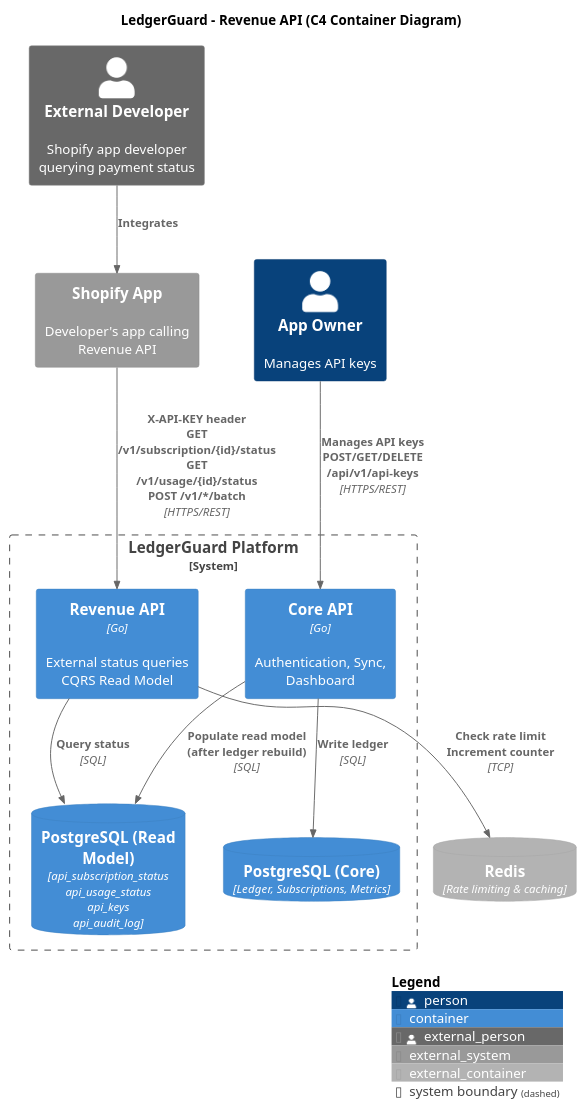
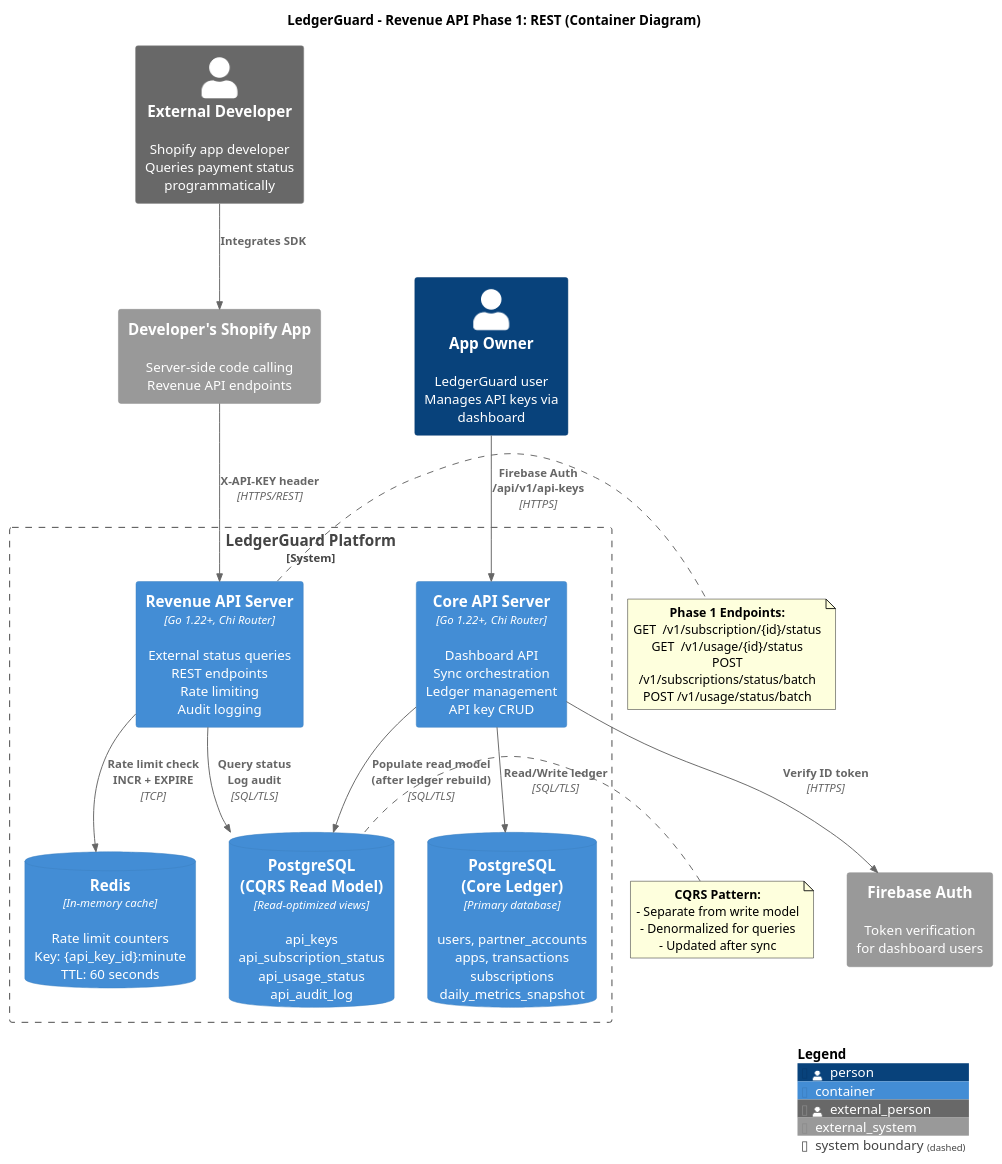
The first of 12 diagrams in FEATURE_DISCUSSION.md (sachin-sivadasan/ledgerguard), drawn with PlantUML before and after one commit. The commit also changed other lines of this file, not shown here.

First line of the commit message:
docs: add detailed PlantUML diagrams for Phase 1 and Phase 2

````diff
--- a/FEATURE_DISCUSSION.md
+++ b/FEATURE_DISCUSSION.md
@@ -341,42 +343,76 @@
 ```plantuml
-@startuml C4_Revenue_API
+@startuml C4_Revenue_API_Phase1_Container
 !include https://raw.githubusercontent.com/plantuml-stdlib/C4-PlantUML/master/C4_Container.puml
 
-title LedgerGuard - Revenue API (C4 Container Diagram)
+title LedgerGuard - Revenue API Phase 1: REST (Container Diagram)
 
-' External Actors
-Person_Ext(ext_developer, "External Developer", "Shopify app developer querying payment status")
-Person(owner, "App Owner", "Manages API keys")
+' ============================================
+' ACTORS
+' ============================================
+Person(owner, "App Owner", "LedgerGuard user\nManages API keys via dashboard")
+Person_Ext(ext_developer, "External Developer", "Shopify app developer\nQueries payment status programmatically")
 
-' External Systems
-System_Ext(shopify_app, "Shopify App", "Developer's app calling Revenue API")
-ContainerDb_Ext(redis, "Redis", "Rate limiting & caching")
+' ============================================
+' EXTERNAL SYSTEMS
+' ============================================
+System_Ext(shopify_app, "Developer's Shopify App", "Server-side code calling\nRevenue API endpoints")
+System_Ext(firebase, "Firebase Auth", "Token verification\nfor dashboard users")
 
-' System Boundary
+' ============================================
+' LEDGERGUARD PLATFORM
+' ============================================
 System_Boundary(ledgerguard, "LedgerGuard Platform") {
 
-    ' Core API (existing)
-    Container(core_api, "Core API", "Go", "Authentication, Sync, Dashboard")
-    ContainerDb(postgres_core, "PostgreSQL (Core)", "Ledger, Subscriptions, Metrics")
+    ' --- Core API (Existing) ---
+    Container(core_api, "Core API Server", "Go 1.22+, Chi Router", "Dashboard API\nSync orchestration\nLedger management\nAPI key CRUD")
 
-    ' Revenue API (new - separate container)
-    Container(revenue_api, "Revenue API", "Go", "External status queries\nCQRS Read Model")
-    ContainerDb(postgres_read, "PostgreSQL (Read Model)", "api_subscription_status\napi_usage_status\napi_keys\napi_audit_log")
+    ' --- Revenue API (New - Phase 1) ---
+    Container(revenue_api, "Revenue API Server", "Go 1.22+, Chi Router", "External status queries\nREST endpoints\nRate limiting\nAudit logging")
+
+    ' --- Databases ---
+    ContainerDb(postgres_core, "PostgreSQL\n(Core Ledger)", "Primary database", "users, partner_accounts\napps, transactions\nsubscriptions\ndaily_metrics_snapshot")
+
+    ContainerDb(postgres_read, "PostgreSQL\n(CQRS Read Model)", "Read-optimized views", "api_keys\napi_subscription_status\napi_usage_status\napi_audit_log")
+
+    ContainerDb(redis, "Redis", "In-memory cache", "Rate limit counters\nKey: {api_key_id}:minute\nTTL: 60 seconds")
 }
 
-' Relationships - External Developer
-Rel(ext_developer, shopify_app, "Integrates")
-Rel(shopify_app, revenue_api, "X-API-KEY header\nGET /v1/subscription/{id}/status\nGET /v1/usage/{id}/status\nPOST /v1/*/batch", "HTTPS/REST")
+' ============================================
+' RELATIONSHIPS
+' ============================================
 
-' Relationships - Owner
-Rel(owner, core_api, "Manages API keys\nPOST/GET/DELETE /api/v1/api-keys", "HTTPS/REST")
+' Owner interactions
+Rel(owner, core_api, "Firebase Auth\n/api/v1/api-keys", "HTTPS")
 
-' Internal Relationships
-Rel(revenue_api, redis, "Check rate limit\nIncrement counter", "TCP")
-Rel(revenue_api, postgres_read, "Query status", "SQL")
-Rel(core_api, postgres_core, "Write ledger", "SQL")
-Rel(core_api, postgres_read, "Populate read model\n(after ledger rebuild)", "SQL")
+' External developer interactions
+Rel(ext_developer, shopify_app, "Integrates SDK")
+Rel(shopify_app, revenue_api, "X-API-KEY header", "HTTPS/REST")
+
+' Core API relationships
+Rel(core_api, firebase, "Verify ID token", "HTTPS")
+Rel(core_api, postgres_core, "Read/Write ledger", "SQL/TLS")
+Rel(core_api, postgres_read, "Populate read model\n(after ledger rebuild)", "SQL/TLS")
+
+' Revenue API relationships
+Rel(revenue_api, redis, "Rate limit check\nINCR + EXPIRE", "TCP")
+Rel(revenue_api, postgres_read, "Query status\nLog audit", "SQL/TLS")
 
 SHOW_LEGEND()
+
+note right of revenue_api
+  **Phase 1 Endpoints:**
+  GET  /v1/subscription/{id}/status
+  GET  /v1/usage/{id}/status
+  POST /v1/subscriptions/status/batch
+  POST /v1/usage/status/batch
+end note
+
+note right of postgres_read
+  **CQRS Pattern:**
+  - Separate from write model
+  - Denormalized for queries
+  - Updated after sync
+end note
+
 @enduml
 ```
````
